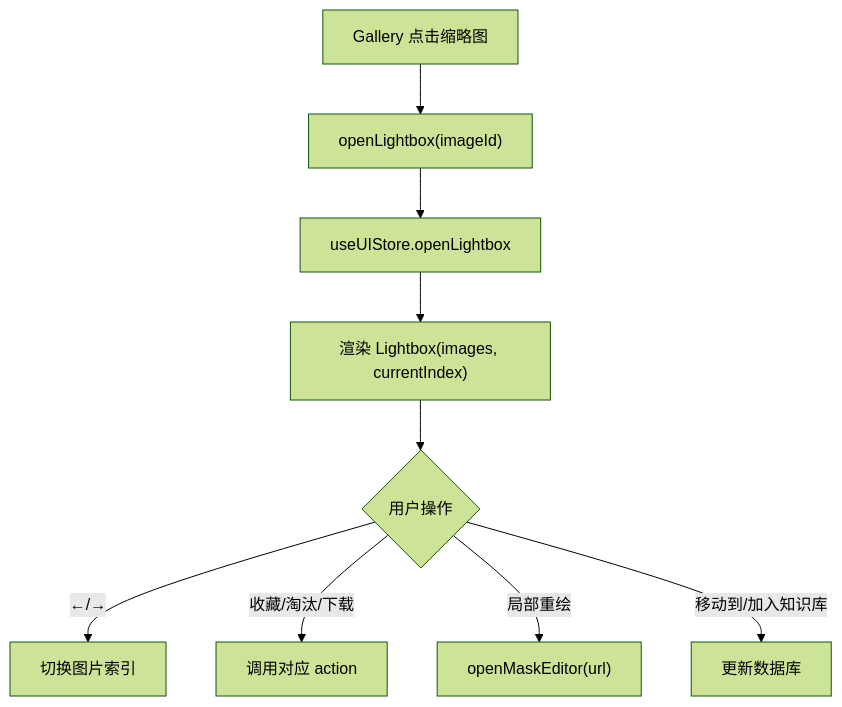
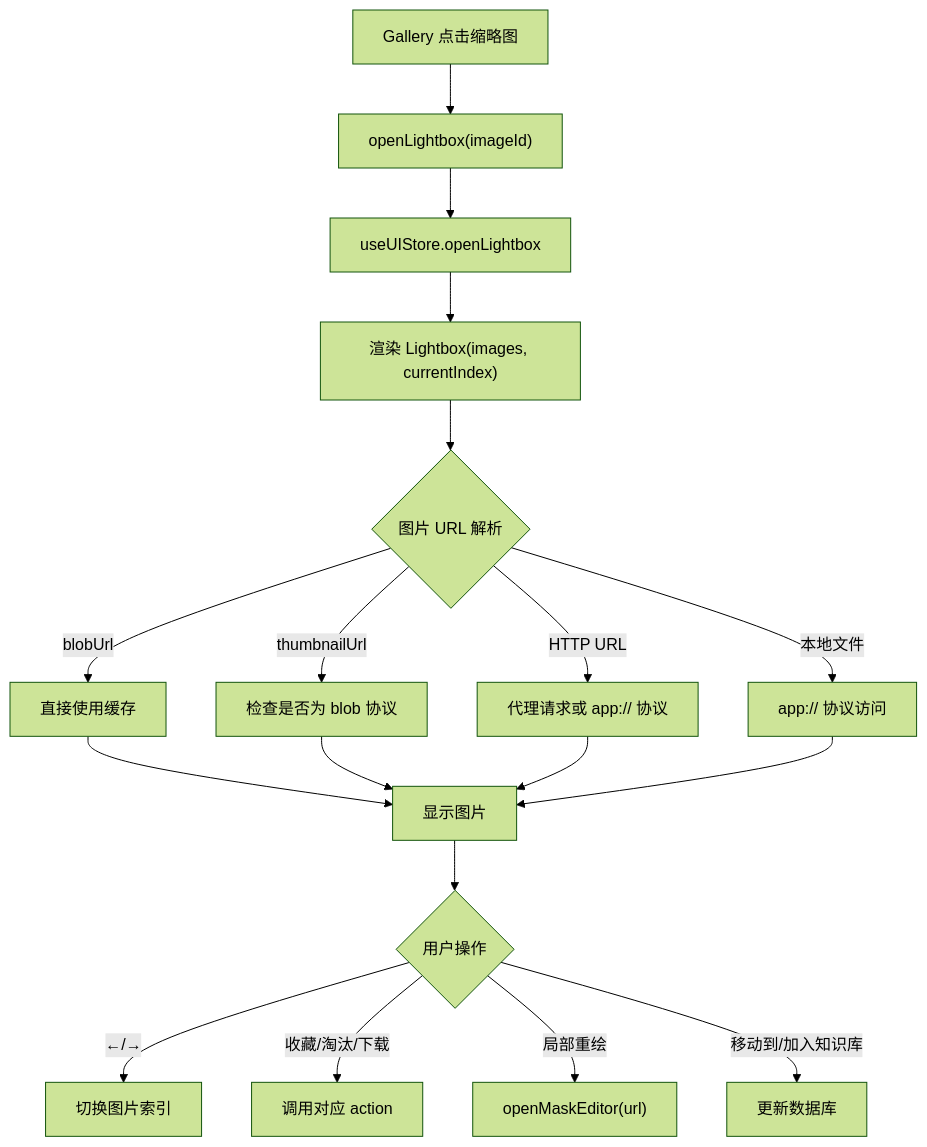
One commit to AlbusWei/AI-Image-Studio changed the fourth of 8 diagrams in .qoder/repowiki/zh/content/UI 组件库/Lightbox 图片查看器组件.md. Above: the diagram before and after it, drawn with Mermaid (forest theme). The commit also changed other lines of this file and 37 other files, not shown here.

````diff
--- a/.qoder/repowiki/zh/content/UI 组件库/Lightbox 图片查看器组件.md
+++ b/.qoder/repowiki/zh/content/UI 组件库/Lightbox 图片查看器组件.md
@@ -209,11 +288,20 @@
 ```mermaid
 flowchart TD
 A["Gallery 点击缩略图"] --> B["openLightbox(imageId)"]
 B --> C["useUIStore.openLightbox"]
 C --> D["渲染 Lightbox(images, currentIndex)"]
-D --> E{"用户操作"}
-E --> |←/→| F["切换图片索引"]
-E --> |收藏/淘汰/下载| G["调用对应 action"]
-E --> |局部重绘| H["openMaskEditor(url)"]
-E --> |移动到/加入知识库| I["更新数据库"]
+D --> E{"图片 URL 解析"}
+E --> |blobUrl| F["直接使用缓存"]
+E --> |thumbnailUrl| G["检查是否为 blob 协议"]
+E --> |HTTP URL| H["代理请求或 app:// 协议"]
+E --> |本地文件| I["app:// 协议访问"]
+F --> J["显示图片"]
+G --> J
+H --> J
+I --> J
+J --> K{"用户操作"}
+K --> |←/→| L["切换图片索引"]
+K --> |收藏/淘汰/下载| M["调用对应 action"]
+K --> |局部重绘| N["openMaskEditor(url)"]
+K --> |移动到/加入知识库| O["更新数据库"]
 ```
````
